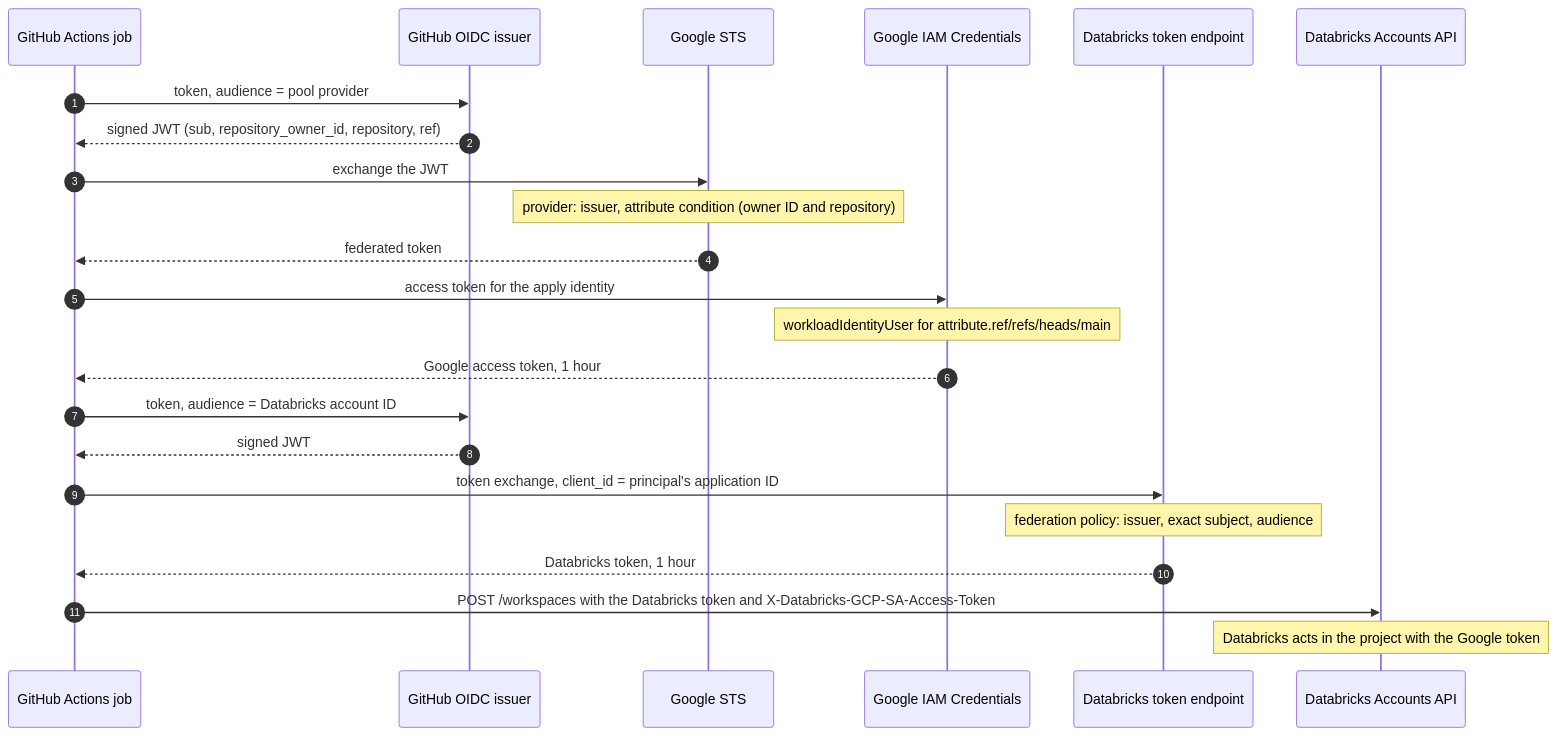
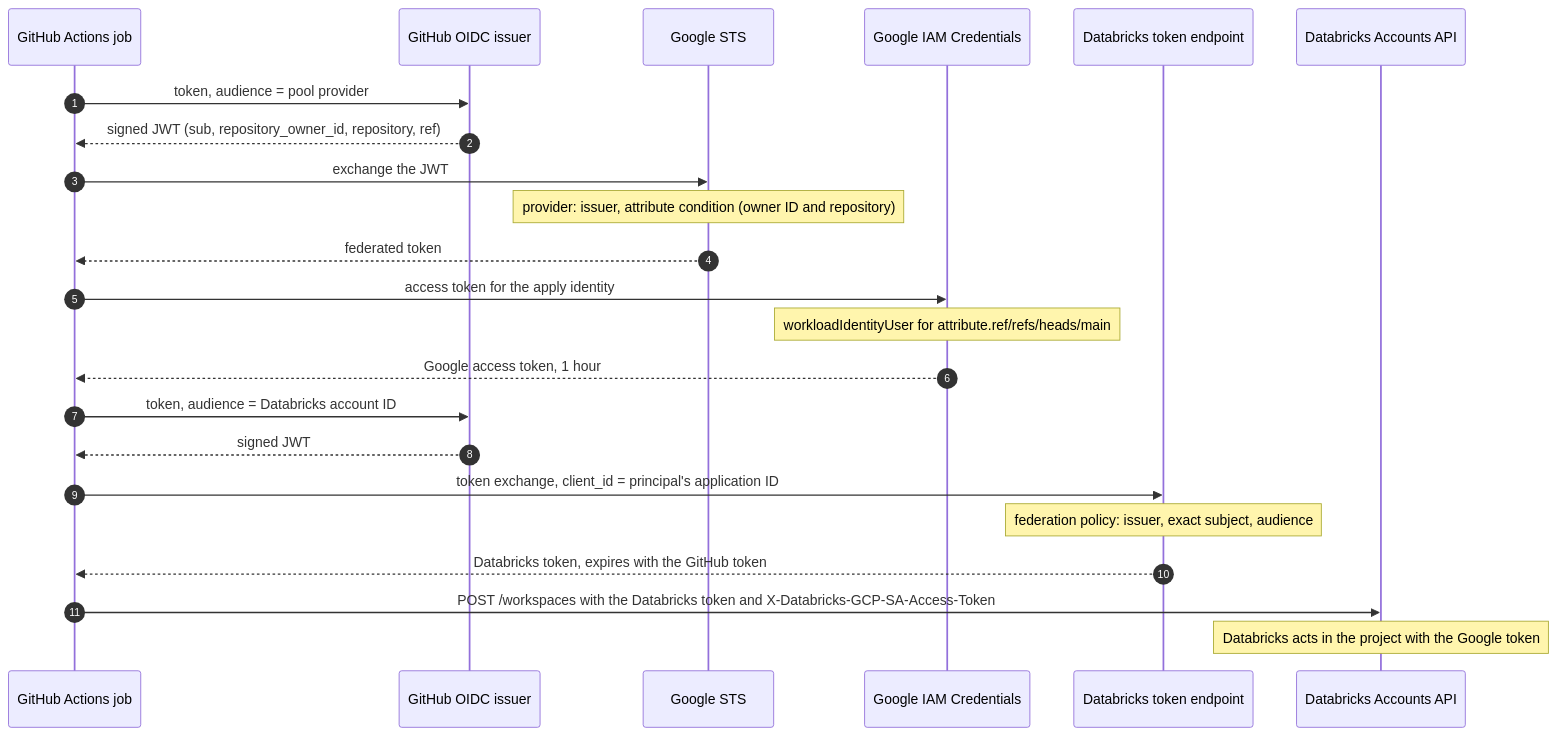
The diagram in docs/deliverables/E3_IDENTITY.md (PortoLucas1/databricks-gcp-gha-terraform), drawn with Mermaid before and after one commit. The commit also changed other lines of this file and 10 other files, not shown here.

First line of the commit message:
Docs: status page and figure fixes, subject form, pages rebuilt

````diff
--- a/docs/deliverables/E3_IDENTITY.md
+++ b/docs/deliverables/E3_IDENTITY.md
@@ -7,25 +7,25 @@
 ```mermaid
 sequenceDiagram
     autonumber
     participant J as GitHub Actions job
     participant G as GitHub OIDC issuer
     participant S as Google STS
     participant I as Google IAM Credentials
     participant D as Databricks token endpoint
     participant A as Databricks Accounts API
     J->>G: token, audience = pool provider
     G-->>J: signed JWT (sub, repository_owner_id, repository, ref)
     J->>S: exchange the JWT
     Note over S: provider: issuer, attribute condition (owner ID and repository)
     S-->>J: federated token
     J->>I: access token for the apply identity
     Note over I: workloadIdentityUser for attribute.ref/refs/heads/main
     I-->>J: Google access token, 1 hour
     J->>G: token, audience = Databricks account ID
     G-->>J: signed JWT
     J->>D: token exchange, client_id = principal's application ID
     Note over D: federation policy: issuer, exact subject, audience
-    D-->>J: Databricks token, 1 hour
+    D-->>J: Databricks token, expires with the GitHub token
     J->>A: POST /workspaces with the Databricks token and X-Databricks-GCP-SA-Access-Token
     Note over A: Databricks acts in the project with the Google token
 ```
````
